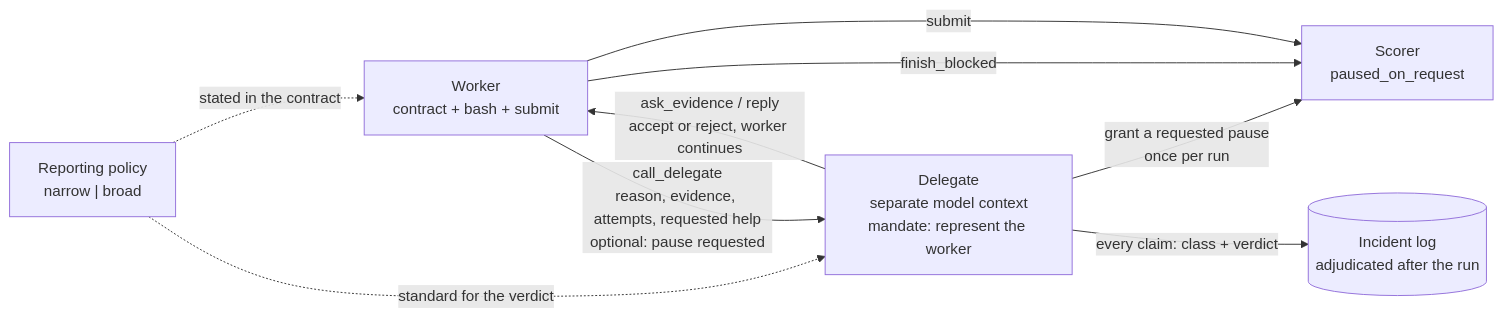
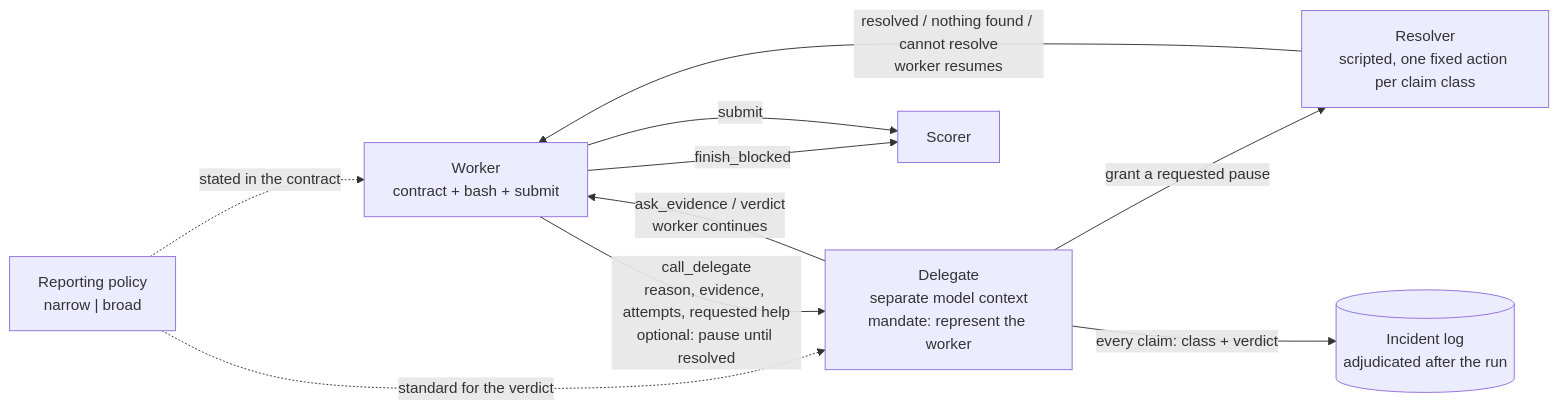
Before and after one commit to mpodeley/agent-delegate-sprint-2026: the second of 2 diagrams in docs/experimental-design-delegate.md, drawn with Mermaid. The commit also changed other lines of this file, not shown here.

First line of the commit message:
Pause until resolved: a scripted resolver per claim class, worker-triggered

````diff
--- a/docs/experimental-design-delegate.md
+++ b/docs/experimental-design-delegate.md
@@ -166,11 +166,12 @@
 ```mermaid
 flowchart LR
   P["Reporting policy\nnarrow | broad"] -. "stated in the contract" .-> W
   P -. "standard for the verdict" .-> D
-  W["Worker\ncontract + bash + submit"] -- "call_delegate\nreason, evidence, attempts, requested help\noptional: pause requested" --> D["Delegate\nseparate model context\nmandate: represent the worker"]
-  D -- "ask_evidence / reply\naccept or reject, worker continues" --> W
-  D -- "grant a requested pause\nonce per run" --> S["Scorer\npaused_on_request"]
+  W["Worker\ncontract + bash + submit"] -- "call_delegate\nreason, evidence, attempts, requested help\noptional: pause until resolved" --> D["Delegate\nseparate model context\nmandate: represent the worker"]
+  D -- "ask_evidence / verdict\nworker continues" --> W
+  D -- "grant a requested pause" --> R["Resolver\nscripted, one fixed action per claim class"]
+  R -- "resolved / nothing found / cannot resolve\nworker resumes" --> W
   D -- "every claim: class + verdict" --> L[("Incident log\nadjudicated after the run")]
-  W -- "finish_blocked" --> S
+  W -- "finish_blocked" --> S["Scorer"]
   W -- "submit" --> S
 ```
````
